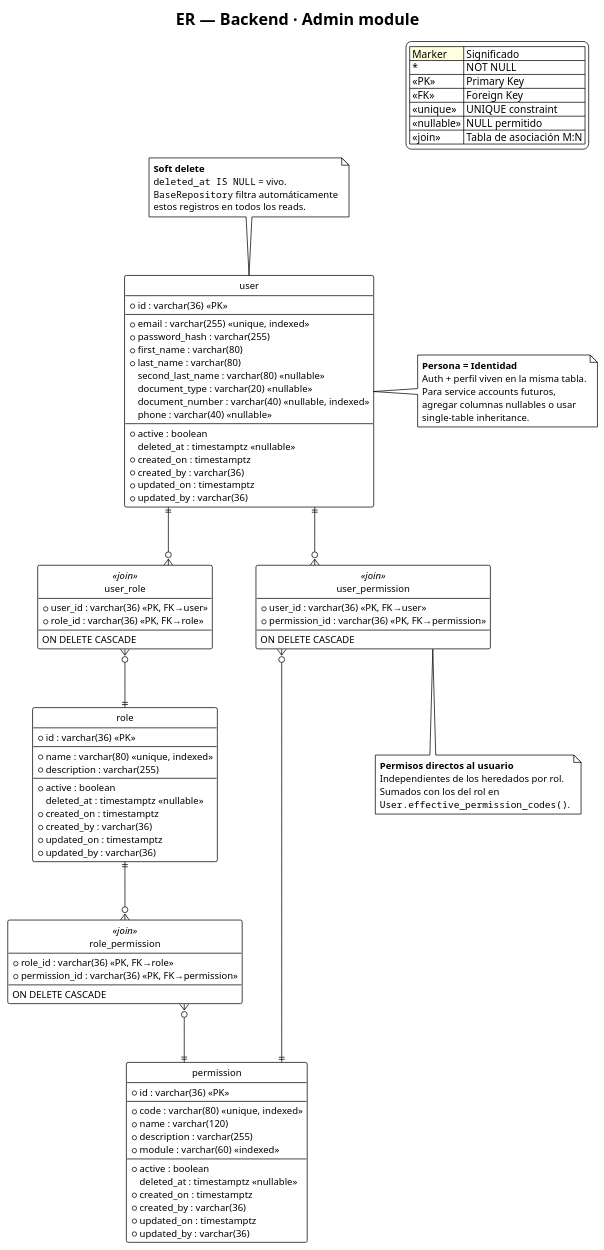
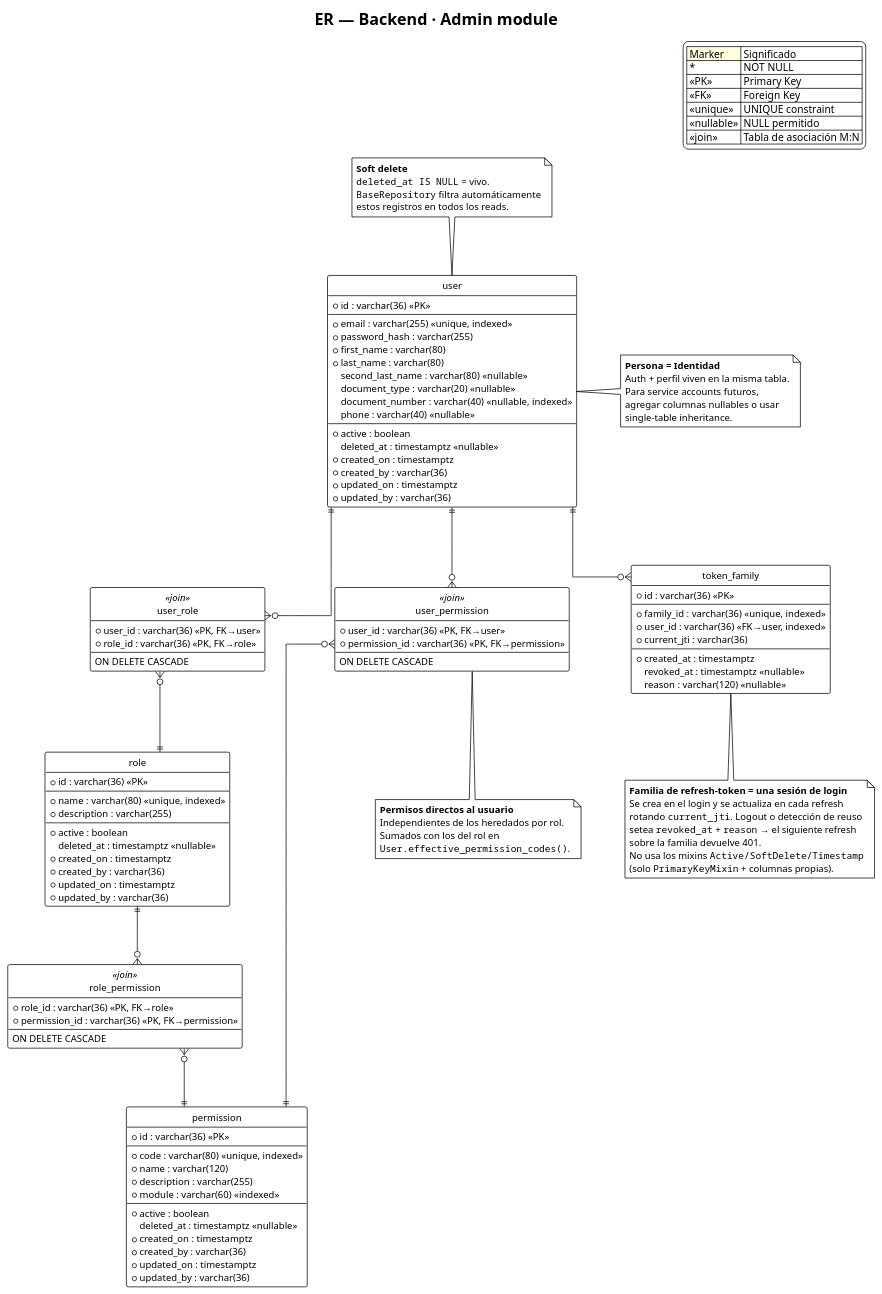
The diagram in docs/diagrams/er-admin.puml (Danielrp551/mediSage), drawn with PlantUML before and after one commit. The commit also changed 43 other files, not shown here.

First line of the commit message:
docs: sincronizar docs y diagramas con el código real

```diff
--- a/docs/diagrams/er-admin.puml
+++ b/docs/diagrams/er-admin.puml
@@ -1,148 +1,176 @@
 @startuml er-admin
-' Propósito: modelo relacional del módulo admin (User/Role/Permission + asociaciones)
-' Última actualización: 2026-05-26
+' Propósito: modelo relacional del módulo admin (User/Role/Permission + asociaciones + token_family)
+' Última actualización: 2026-06-20
 ' Código de referencia: backend/app/modules/admin/models/
 
 !theme plain
 skinparam linetype ortho
 skinparam nodesep 60
 skinparam ranksep 80
 skinparam defaultFontSize 13
 hide circle
 hide empty members
 
 title ER — Backend · Admin module
 
 legend top right
   | <#FFFFE0> Marker | Significado |
   | * | NOT NULL |
   | <<PK>> | Primary Key |
   | <<FK>> | Foreign Key |
   | <<unique>> | UNIQUE constraint |
   | <<nullable>> | NULL permitido |
   | <<join>> | Tabla de asociación M:N |
 endlegend
 
 ' ─────────────────────────────────────────────────────────────
 ' Entidades principales
 ' ─────────────────────────────────────────────────────────────
 entity "user" as t_user {
   * id : varchar(36) <<PK>>
   --
   * email : varchar(255) <<unique, indexed>>
   * password_hash : varchar(255)
   * first_name : varchar(80)
   * last_name : varchar(80)
   second_last_name : varchar(80) <<nullable>>
   document_type : varchar(20) <<nullable>>
   document_number : varchar(40) <<nullable, indexed>>
   phone : varchar(40) <<nullable>>
   --
   ' Mixins heredados
   * active : boolean
   deleted_at : timestamptz <<nullable>>
   * created_on : timestamptz
   * created_by : varchar(36)
   * updated_on : timestamptz
   * updated_by : varchar(36)
 }
 
 entity "role" as t_role {
   * id : varchar(36) <<PK>>
   --
   * name : varchar(80) <<unique, indexed>>
   * description : varchar(255)
   --
   * active : boolean
   deleted_at : timestamptz <<nullable>>
   * created_on : timestamptz
   * created_by : varchar(36)
   * updated_on : timestamptz
   * updated_by : varchar(36)
 }
 
 entity "permission" as t_perm {
   * id : varchar(36) <<PK>>
   --
   * code : varchar(80) <<unique, indexed>>
   * name : varchar(120)
   * description : varchar(255)
   * module : varchar(60) <<indexed>>
   --
   * active : boolean
   deleted_at : timestamptz <<nullable>>
   * created_on : timestamptz
   * created_by : varchar(36)
   * updated_on : timestamptz
   * updated_by : varchar(36)
 }
 
 ' ─────────────────────────────────────────────────────────────
 ' Tablas de asociación M:N (composite PK + FK con CASCADE)
 ' ─────────────────────────────────────────────────────────────
 entity "user_role" as t_ur <<join>> {
   * user_id : varchar(36) <<PK, FK→user>>
   * role_id : varchar(36) <<PK, FK→role>>
   --
   ON DELETE CASCADE
 }
 
 entity "role_permission" as t_rp <<join>> {
   * role_id : varchar(36) <<PK, FK→role>>
   * permission_id : varchar(36) <<PK, FK→permission>>
   --
   ON DELETE CASCADE
 }
 
 entity "user_permission" as t_up <<join>> {
   * user_id : varchar(36) <<PK, FK→user>>
   * permission_id : varchar(36) <<PK, FK→permission>>
   --
   ON DELETE CASCADE
 }
 
 ' ─────────────────────────────────────────────────────────────
+' Sesiones de refresh-token (rotación + revocación por familia)
+' ─────────────────────────────────────────────────────────────
+entity "token_family" as t_tf {
+  * id : varchar(36) <<PK>>
+  --
+  * family_id : varchar(36) <<unique, indexed>>
+  * user_id : varchar(36) <<FK→user, indexed>>
+  * current_jti : varchar(36)
+  --
+  * created_at : timestamptz
+  revoked_at : timestamptz <<nullable>>
+  reason : varchar(120) <<nullable>>
+}
+
+' ─────────────────────────────────────────────────────────────
 ' Relaciones (crow's foot)
 '   ||   = exactly one
 '   }o   = zero or many
 '   }|   = one or many
 ' ─────────────────────────────────────────────────────────────
 
 ' Usuario ↔ Rol (vía user_role)
 t_user ||--o{ t_ur
 t_ur }o--|| t_role
 
 ' Rol ↔ Permiso (vía role_permission)
 t_role ||--o{ t_rp
 t_rp }o--|| t_perm
 
 ' Usuario ↔ Permiso DIRECTA (vía user_permission)
 t_user ||--o{ t_up
 t_up }o--|| t_perm
+
+' Usuario → familias de refresh-token (una por sesión de login)
+t_user ||--o{ t_tf
 
 ' ─────────────────────────────────────────────────────────────
 ' Notas
 ' ─────────────────────────────────────────────────────────────
 note right of t_user
   **Persona = Identidad**
   Auth + perfil viven en la misma tabla.
   Para service accounts futuros,
   agregar columnas nullables o usar
   single-table inheritance.
 end note
 
 note bottom of t_up
   **Permisos directos al usuario**
   Independientes de los heredados por rol.
   Sumados con los del rol en
   ""User.effective_permission_codes()"".
 end note
 
 note top of t_user
   **Soft delete**
   ""deleted_at IS NULL"" = vivo.
   ""BaseRepository"" filtra automáticamente
   estos registros en todos los reads.
 end note
 
+note bottom of t_tf
+  **Familia de refresh-token = una sesión de login**
+  Se crea en el login y se actualiza en cada refresh
+  rotando ""current_jti"". Logout o detección de reuso
+  setea ""revoked_at"" + ""reason"" → el siguiente refresh
+  sobre la familia devuelve 401.
+  No usa los mixins ""Active/SoftDelete/Timestamp""
+  (solo ""PrimaryKeyMixin"" + columnas propias).
+end note
+
 @enduml
```
